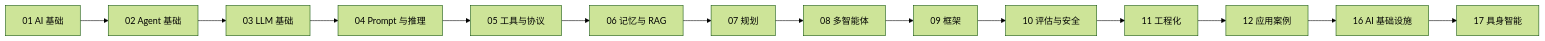
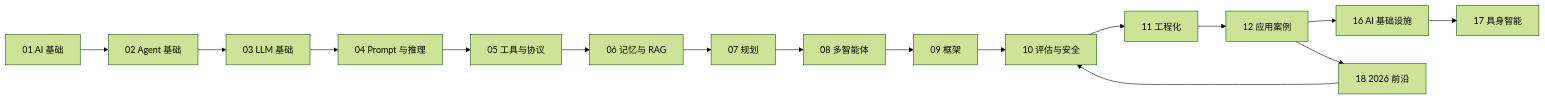
One commit to funny8kids/ai-agent-handbook changed the diagram in docs/00-index/learning-path.md. Above: the diagram before and after it, drawn with Mermaid (forest theme). The commit also changed other lines of this file and 35 other files, not shown here.

````diff
--- a/docs/00-index/learning-path.md
+++ b/docs/00-index/learning-path.md
@@ -24,16 +25,18 @@
 ```mermaid
 flowchart LR
   A[01 AI 基础] --> B[02 Agent 基础]
   B --> C[03 LLM 基础]
   C --> D[04 Prompt 与推理]
   D --> E[05 工具与协议]
   E --> F[06 记忆与 RAG]
   F --> G[07 规划]
   G --> H[08 多智能体]
   H --> I[09 框架]
   I --> J[10 评估与安全]
   J --> K[11 工程化]
   K --> L[12 应用案例]
   L --> M[16 AI 基础设施]
   M --> N[17 具身智能]
+  L --> O[18 2026 前沿]
+  O --> J
 ```
````
